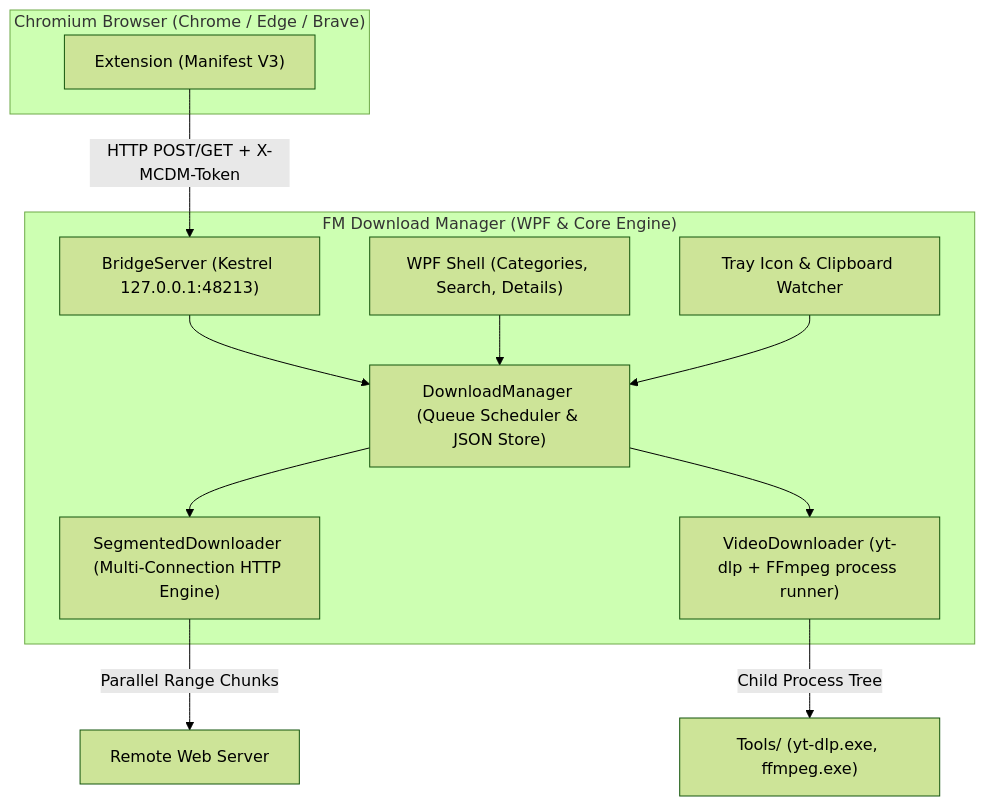
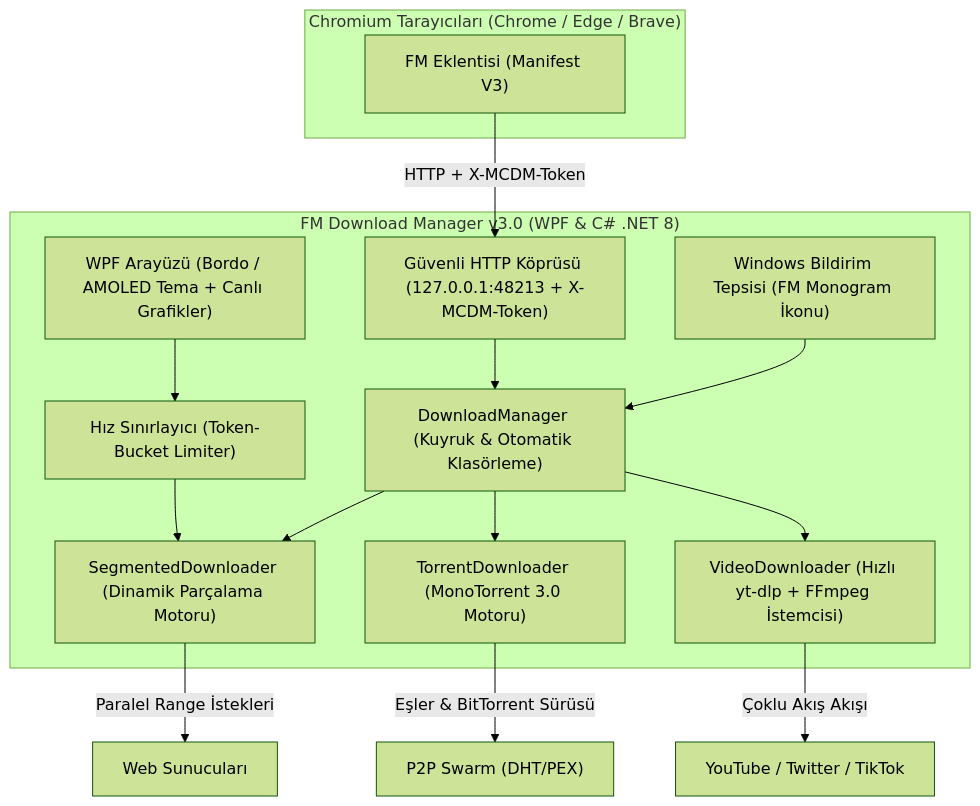
One commit to Ferdi-krbk/fm-download-manager changed the diagram in README.md. Above: the diagram before and after it, drawn with Mermaid (forest theme). The commit also changed other lines of this file and 16 other files, not shown here.

Commit message:
feat(v3.0): 1-click browser setup with auto-pairing, smooth speed graph, speed limiter, video quality picker, dynamic chunk splitting, AMOLED theme, and spacious add URLs dialog

````diff
--- a/README.md
+++ b/README.md
@@ -75,24 +94,29 @@
 ```mermaid
 flowchart TD
-    subgraph Browser["Chromium Browser (Chrome / Edge / Brave)"]
-        EXT["Extension (Manifest V3)"]
+    subgraph Browser["Chromium Tarayıcıları (Chrome / Edge / Brave)"]
+        EXT["FM Eklentisi (Manifest V3)"]
     end
 
-    subgraph App["FM Download Manager (WPF & Core Engine)"]
-        UI["WPF Shell (Categories, Search, Details)"]
-        TRAY["Tray Icon & Clipboard Watcher"]
-        SERVER["BridgeServer (Kestrel 127.0.0.1:48213)"]
-        MGR["DownloadManager (Queue Scheduler & JSON Store)"]
-        ENGINE["SegmentedDownloader (Multi-Connection HTTP Engine)"]
-        VIDEO["VideoDownloader (yt-dlp + FFmpeg process runner)"]
+    subgraph DesktopApp["FM Download Manager v3.0 (WPF & C# .NET 8)"]
+        UI["WPF Arayüzü (Bordo / AMOLED Tema + Canlı Grafikler)"]
+        TRAY["Windows Bildirim Tepsisi (FM Monogram İkonu)"]
+        LIMITER["Hız Sınırlayıcı (Token-Bucket Limiter)"]
+        BRIDGE["Güvenli HTTP Köprüsü (127.0.0.1:48213 + X-MCDM-Token)"]
+        MGR["DownloadManager (Kuyruk & Otomatik Klasörleme)"]
+        HTTP_ENG["SegmentedDownloader (Dinamik Parçalama Motoru)"]
+        TORRENT_ENG["TorrentDownloader (MonoTorrent 3.0 Motoru)"]
+        VIDEO_ENG["VideoDownloader (Hızlı yt-dlp + FFmpeg İstemcisi)"]
     end
 
-    EXT -- "HTTP POST/GET + X-MCDM-Token" --> SERVER
-    SERVER --> MGR
-    UI --> MGR
+    EXT -- "HTTP + X-MCDM-Token" --> BRIDGE
+    BRIDGE --> MGR
+    UI --> LIMITER
+    LIMITER --> HTTP_ENG
+    MGR --> HTTP_ENG
+    MGR --> TORRENT_ENG
+    MGR --> VIDEO_ENG
     TRAY --> MGR
-    MGR --> ENGINE
-    MGR --> VIDEO
-    ENGINE -- "Parallel Range Chunks" --> Target["Remote Web Server"]
-    VIDEO -- "Child Process Tree" --> Tools["Tools/ (yt-dlp.exe, ffmpeg.exe)"]
+    HTTP_ENG -- "Paralel Range İstekleri" --> WebServers["Web Sunucuları"]
+    TORRENT_ENG -- "Eşler & BitTorrent Sürüsü" --> P2P["P2P Swarm (DHT/PEX)"]
+    VIDEO_ENG -- "Çoklu Akış Akışı" --> VideoHosts["YouTube / Twitter / TikTok"]
 ```
````
